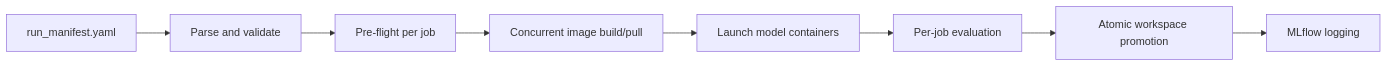
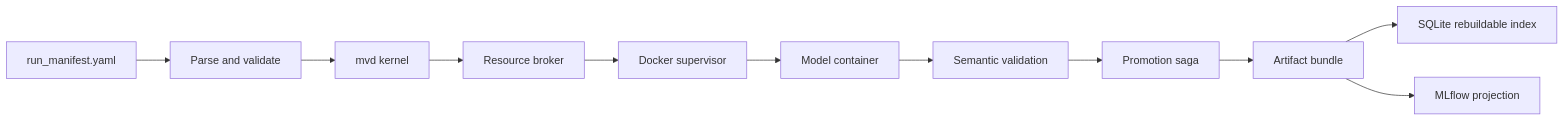
Before and after one commit to sifrimlab/multiverse: the diagram in docs/RUNNER.md, drawn with Mermaid. The commit also changed other lines of this file and 105 other files, not shown here.

````diff
--- a/docs/RUNNER.md
+++ b/docs/RUNNER.md
@@ -17,10 +16,13 @@
 ```mermaid
 flowchart LR
     A[run_manifest.yaml] --> B[Parse and validate]
-    B --> C[Pre-flight per job]
-    C --> D[Concurrent image build/pull]
-    D --> E[Launch model containers]
-    E --> F[Per-job evaluation]
-    F --> G[Atomic workspace promotion]
-    G --> H[MLflow logging]
+    B --> C[mvd kernel]
+    C --> D[Resource broker]
+    D --> E[Docker supervisor]
+    E --> F[Model container]
+    F --> G[Semantic validation]
+    G --> H[Promotion saga]
+    H --> I[Artifact bundle]
+    I --> J[SQLite rebuildable index]
+    I --> K[MLflow projection]
 ```
````
